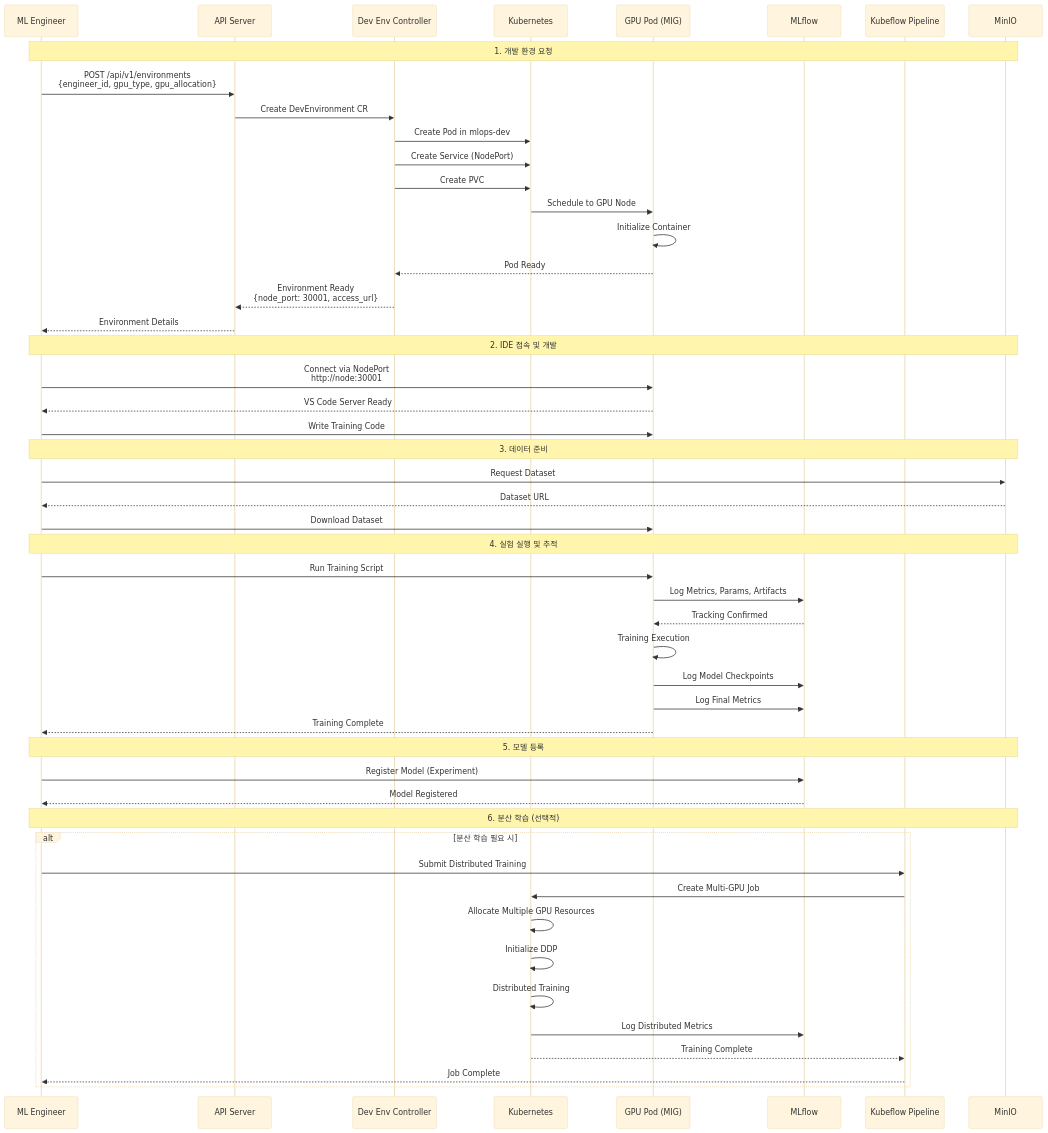
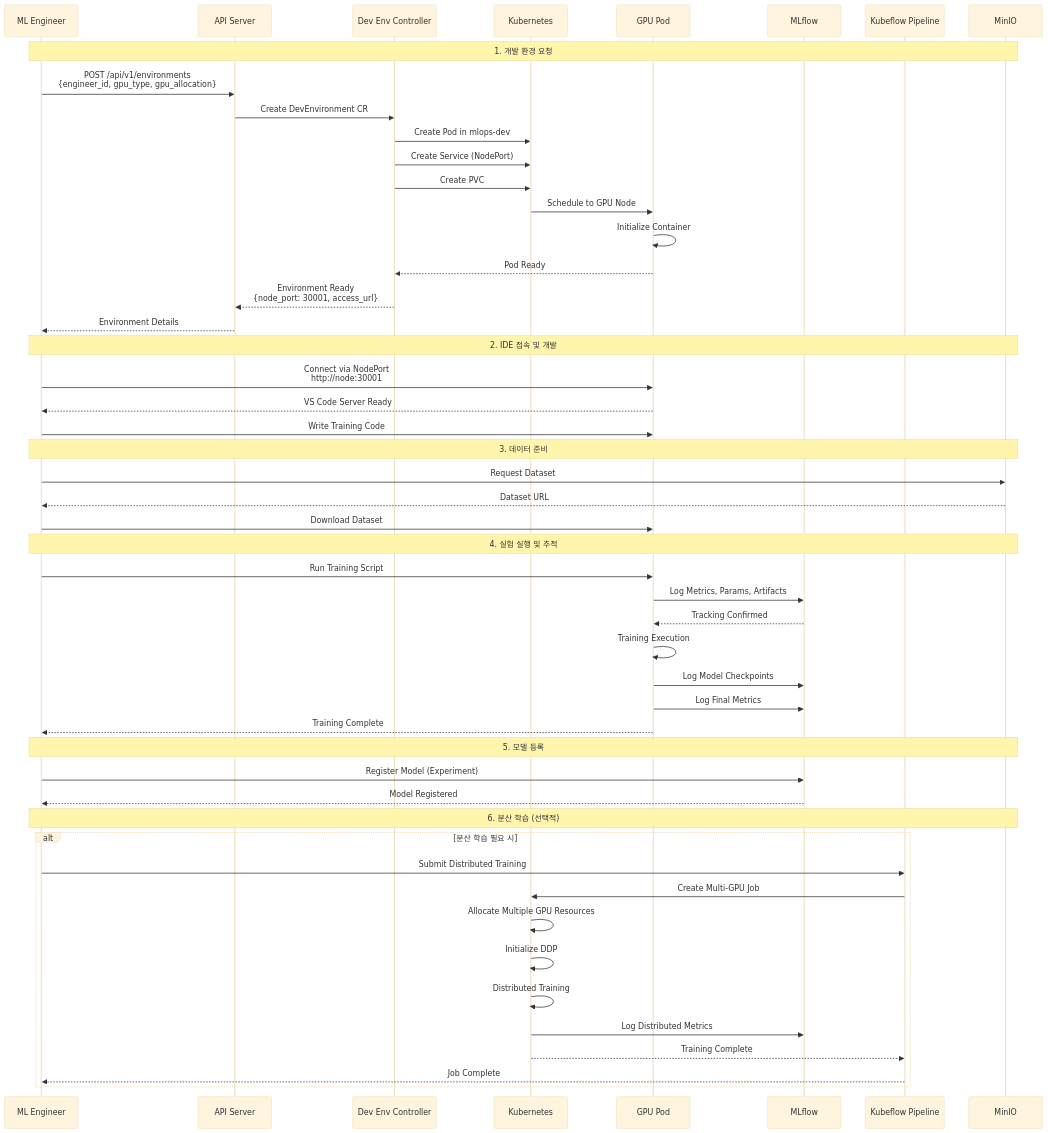
Before and after one commit to as950118/mlops-platform: the fourth of 8 diagrams in docs/MLOps-Platform-Design.md, drawn with Mermaid (base theme). The commit also changed other lines of this file, not shown here.

````diff
--- a/docs/MLOps-Platform-Design.md
+++ b/docs/MLOps-Platform-Design.md
@@ -270,58 +263,58 @@
 ```mermaid
 sequenceDiagram
     participant ML as ML Engineer
     participant API as API Server
     participant Controller as Dev Env Controller
     participant K8s as Kubernetes
-    participant Pod as GPU Pod (MIG)
+    participant Pod as GPU Pod
     participant MLflow as MLflow
     participant Pipeline as Kubeflow Pipeline
     participant DataLake as MinIO
 
     Note over ML,DataLake: 1. 개발 환경 요청
     ML->>API: POST /api/v1/environments<br/>{engineer_id, gpu_type, gpu_allocation}
     API->>Controller: Create DevEnvironment CR
     Controller->>K8s: Create Pod in mlops-dev
     Controller->>K8s: Create Service (NodePort)
     Controller->>K8s: Create PVC
     K8s->>Pod: Schedule to GPU Node
     Pod->>Pod: Initialize Container
     Pod-->>Controller: Pod Ready
     Controller-->>API: Environment Ready<br/>{node_port: 30001, access_url}
     API-->>ML: Environment Details
 
     Note over ML,DataLake: 2. IDE 접속 및 개발
     ML->>Pod: Connect via NodePort<br/>http://node:30001
     Pod-->>ML: VS Code Server Ready
     ML->>Pod: Write Training Code
 
     Note over ML,DataLake: 3. 데이터 준비
     ML->>DataLake: Request Dataset
     DataLake-->>ML: Dataset URL
     ML->>Pod: Download Dataset
 
     Note over ML,DataLake: 4. 실험 실행 및 추적
     ML->>Pod: Run Training Script
     Pod->>MLflow: Log Metrics, Params, Artifacts
     MLflow-->>Pod: Tracking Confirmed
     Pod->>Pod: Training Execution
     Pod->>MLflow: Log Model Checkpoints
     Pod->>MLflow: Log Final Metrics
     Pod-->>ML: Training Complete
 
     Note over ML,DataLake: 5. 모델 등록
     ML->>MLflow: Register Model (Experiment)
     MLflow-->>ML: Model Registered
 
     Note over ML,DataLake: 6. 분산 학습 (선택적)
     alt 분산 학습 필요 시
         ML->>Pipeline: Submit Distributed Training
         Pipeline->>K8s: Create Multi-GPU Job
         K8s->>K8s: Allocate Multiple GPU Resources
         K8s->>K8s: Initialize DDP
         K8s->>K8s: Distributed Training
         K8s->>MLflow: Log Distributed Metrics
         K8s-->>Pipeline: Training Complete
         Pipeline-->>ML: Job Complete
     end
 ```
````
